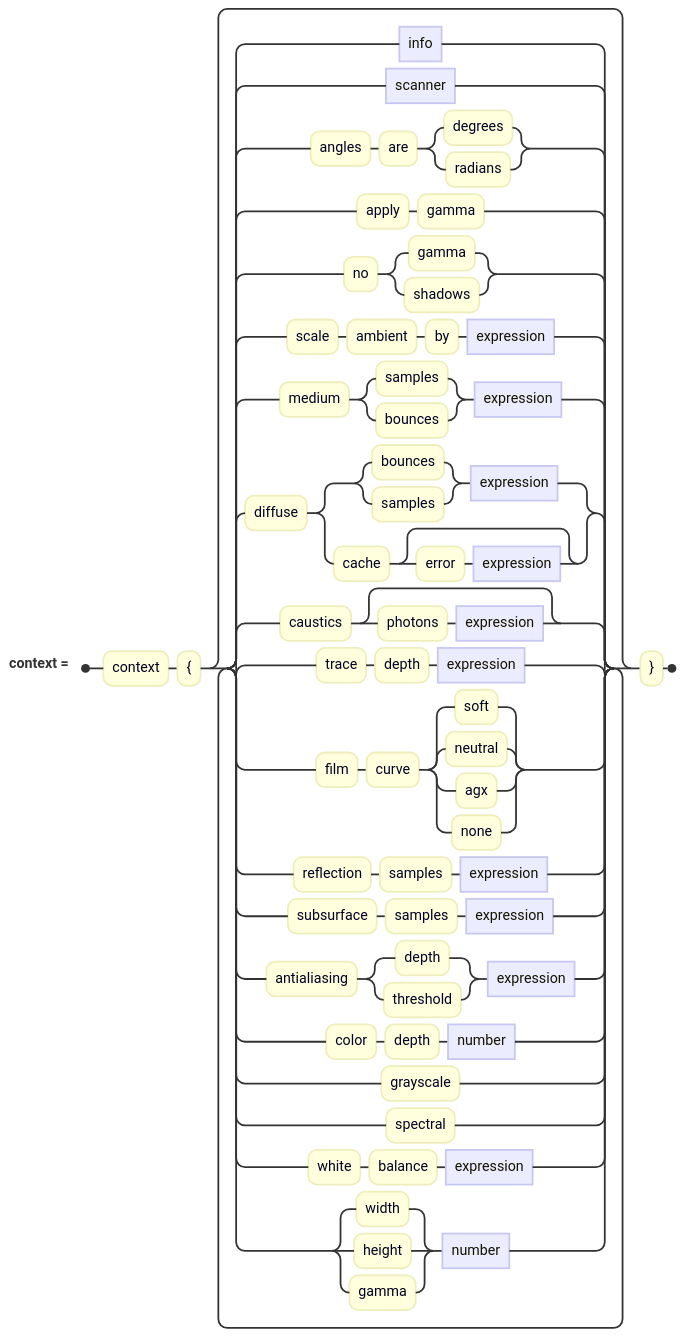
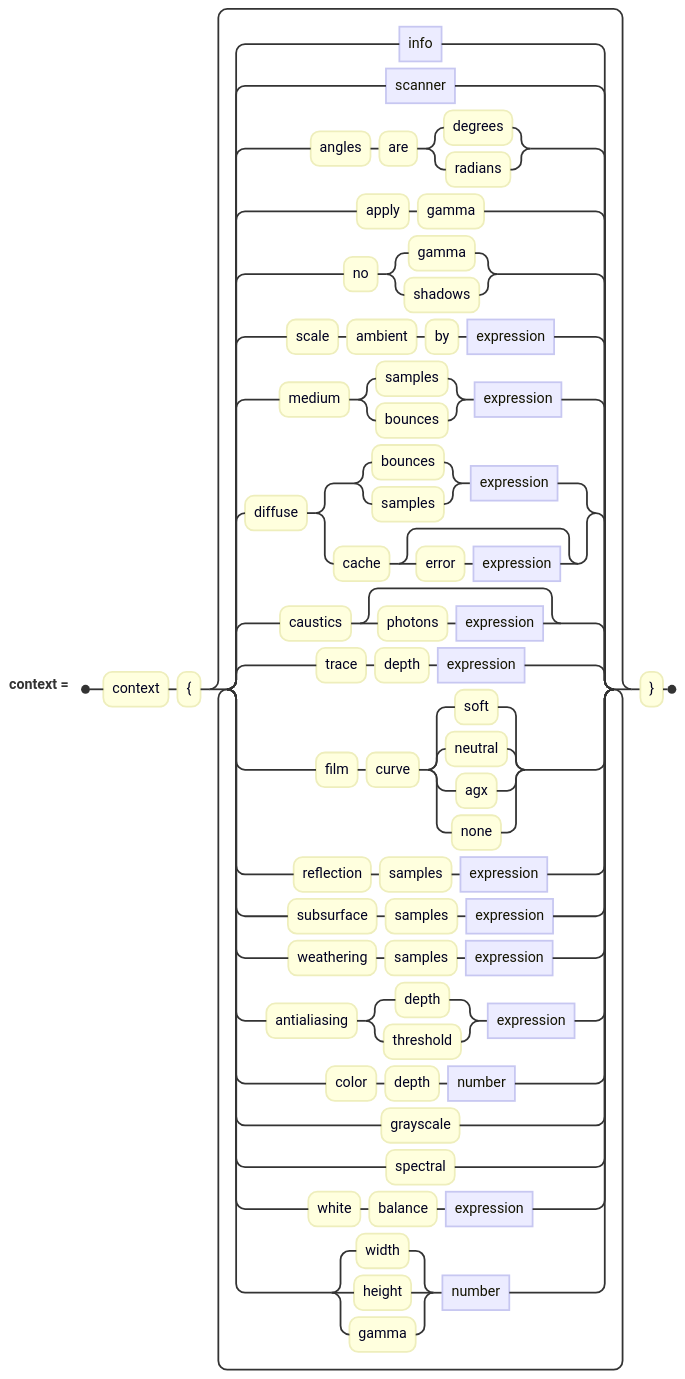
Before and after one commit to jskress/RayTracer: the diagram in docs/diagrams/context/contextClause.mmd, drawn with Mermaid. The commit also changed 60 other files, not shown here.

```diff
--- a/docs/diagrams/context/contextClause.mmd
+++ b/docs/diagrams/context/contextClause.mmd
@@ -1,17 +1,18 @@
 railroad-ebnf-beta
 title "The context block"
 
 context = "context" "{" { info | scanner | "angles" "are" ( "degrees" | "radians" )
         | "apply" "gamma" | "no" ( "gamma" | "shadows" )
         | "scale" "ambient" "by" expression
         | "medium" ( "samples" | "bounces" ) expression
         | "diffuse" ( ( "bounces" | "samples" ) expression | "cache" [ "error" expression ] )
         | "caustics" [ "photons" expression ]
         | "trace" "depth" expression
         | "film" "curve" ( "soft" | "neutral" | "agx" | "none" )
         | "reflection" "samples" expression
         | "subsurface" "samples" expression
+        | "weathering" "samples" expression
         | "antialiasing" ( "depth" | "threshold" ) expression
         | "color" "depth" number | "grayscale" | "spectral"
         | "white" "balance" expression
         | ( "width" | "height" | "gamma" ) number } "}" ;
```
